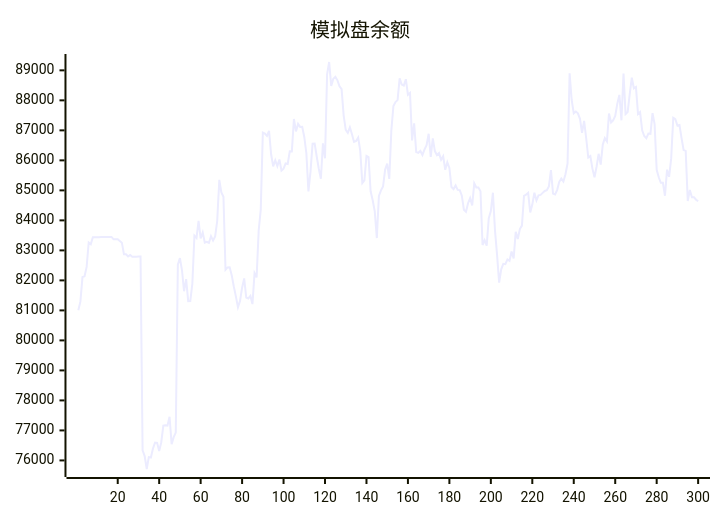
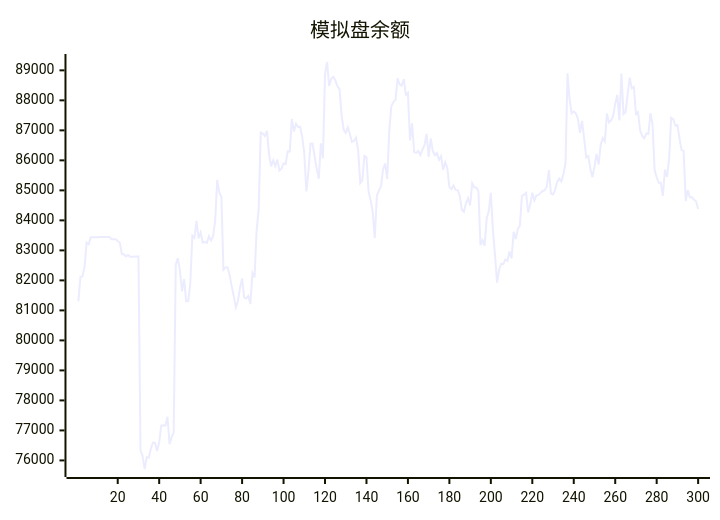
The diagram in README.md (aahl/ai-trading), drawn with Mermaid before and after one commit. The commit also changed other lines of this file and 1 other file, not shown here.

````diff
--- a/README.md
+++ b/README.md
@@ -5,5 +5,5 @@
 ```mermaid
 xychart
     title "模拟盘余额"
-    line [81005,81298,82110,82135,82449,83264,83203,83440,83439,83440,83440,83446,83447,83448,83447,83448,83449,83369,83369,83369,83313,83256,82872,82873,82801,82844,82785,82791,82791,82793,82794,76339,76145,75714,76110,76096,76397,76594,76585,76310,76607,77160,77170,77160,77456,76541,76774,76927,82520,82744,82337,81639,82040,81307,81314,81887,83490,83414,83984,83396,83594,83261,83287,83253,83470,83327,83465,83987,85348,84930,84786,82355,82433,82438,82167,81795,81466,81105,81315,81756,82064,81426,81398,81481,81210,82242,82099,83658,84359,86925,86892,86814,86980,86203,85802,86003,85811,86028,85657,85721,85896,85880,86300,86299,87378,86965,87214,87115,87118,86780,86238,84966,85623,86555,86562,86129,85722,85387,86569,86070,88870,89278,88477,88720,88781,88668,88467,88372,87493,87018,86917,87102,86870,86613,86644,86758,86317,85242,85334,86149,86106,84968,84671,84302,83410,84816,85001,85127,85693,85891,85384,87001,87811,87945,88007,88734,88528,88495,88705,88189,88248,86662,87234,86279,86251,86314,86177,86364,86503,86886,86114,86731,86310,86176,86240,86017,86136,85685,85938,85749,85111,85044,85164,85016,85008,84824,84354,84287,84572,84745,84500,85234,85096,85095,84970,83180,83338,83157,84070,84309,84922,83667,82850,81924,82369,82552,82539,82695,82648,82962,82728,83619,83378,83710,83825,84819,84854,84917,84265,84527,84919,84668,84834,84850,84916,84981,85004,85131,85674,84891,84864,85019,85284,85393,85294,85538,85894,88904,88012,87567,87625,87568,87386,86920,87313,86737,86094,86143,85725,85437,85787,86219,85859,86526,86740,86630,87563,87264,87335,87483,87886,88180,87335,88894,87544,87608,88207,88755,88401,88444,87543,87608,87000,86810,86740,86894,86884,87576,87209,85686,85435,85251,85255,84820,85689,85453,86066,87420,87373,87161,87178,86740,86341,86315,84643,85012,84772,84768,84690,84635]
+    line [81298,82110,82135,82449,83264,83203,83440,83439,83440,83440,83446,83447,83448,83447,83448,83449,83369,83369,83369,83313,83256,82872,82873,82801,82844,82785,82791,82791,82793,82794,76339,76145,75714,76110,76096,76397,76594,76585,76310,76607,77160,77170,77160,77456,76541,76774,76927,82520,82744,82337,81639,82040,81307,81314,81887,83490,83414,83984,83396,83594,83261,83287,83253,83470,83327,83465,83987,85348,84930,84786,82355,82433,82438,82167,81795,81466,81105,81315,81756,82064,81426,81398,81481,81210,82242,82099,83658,84359,86925,86892,86814,86980,86203,85802,86003,85811,86028,85657,85721,85896,85880,86300,86299,87378,86965,87214,87115,87118,86780,86238,84966,85623,86555,86562,86129,85722,85387,86569,86070,88870,89278,88477,88720,88781,88668,88467,88372,87493,87018,86917,87102,86870,86613,86644,86758,86317,85242,85334,86149,86106,84968,84671,84302,83410,84816,85001,85127,85693,85891,85384,87001,87811,87945,88007,88734,88528,88495,88705,88189,88248,86662,87234,86279,86251,86314,86177,86364,86503,86886,86114,86731,86310,86176,86240,86017,86136,85685,85938,85749,85111,85044,85164,85016,85008,84824,84354,84287,84572,84745,84500,85234,85096,85095,84970,83180,83338,83157,84070,84309,84922,83667,82850,81924,82369,82552,82539,82695,82648,82962,82728,83619,83378,83710,83825,84819,84854,84917,84265,84527,84919,84668,84834,84850,84916,84981,85004,85131,85674,84891,84864,85019,85284,85393,85294,85538,85894,88904,88012,87567,87625,87568,87386,86920,87313,86737,86094,86143,85725,85437,85787,86219,85859,86526,86740,86630,87563,87264,87335,87483,87886,88180,87335,88894,87544,87608,88207,88755,88401,88444,87543,87608,87000,86810,86740,86894,86884,87576,87209,85686,85435,85251,85255,84820,85689,85453,86066,87420,87373,87161,87178,86740,86341,86315,84643,85012,84772,84768,84690,84635,84376]
 ```
````
